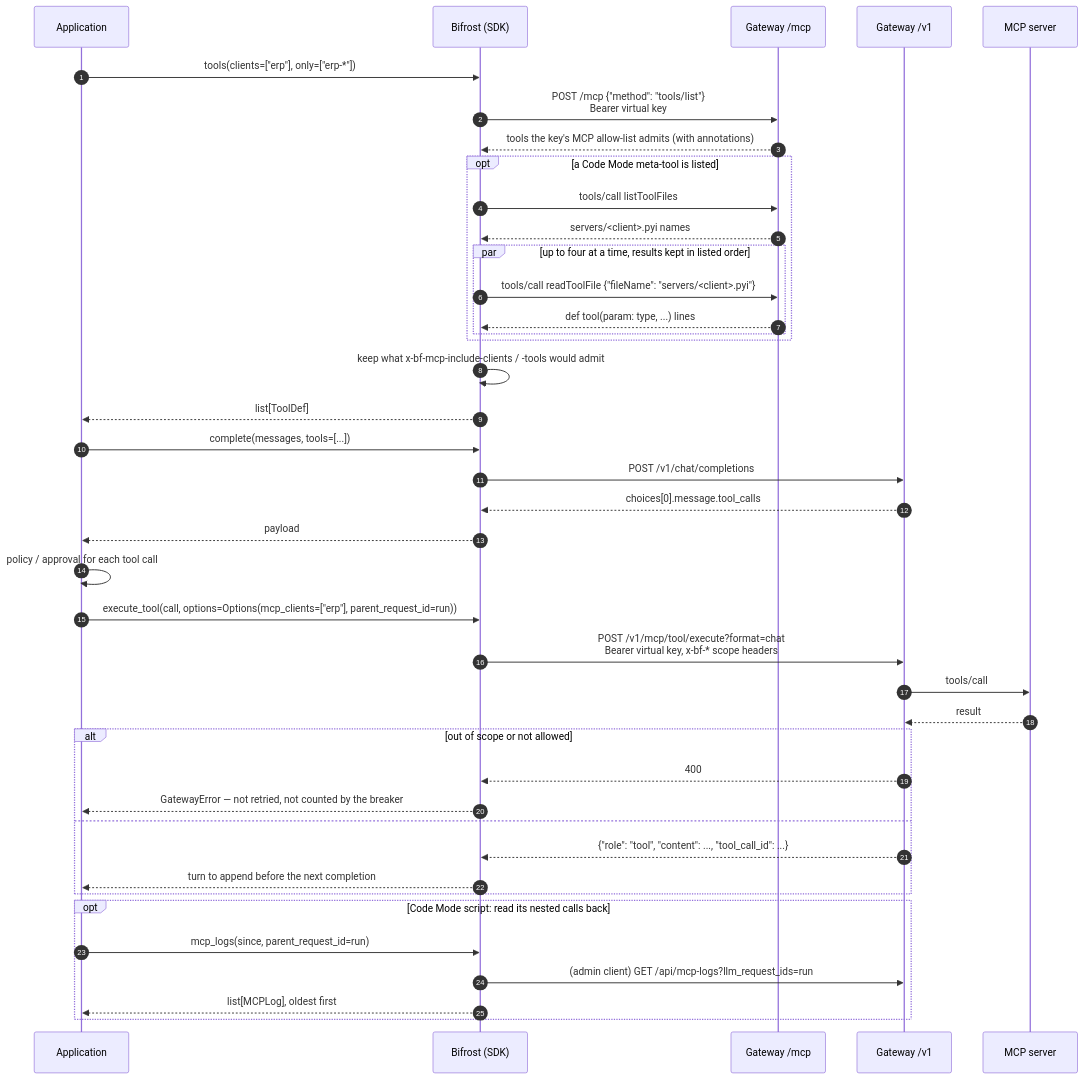
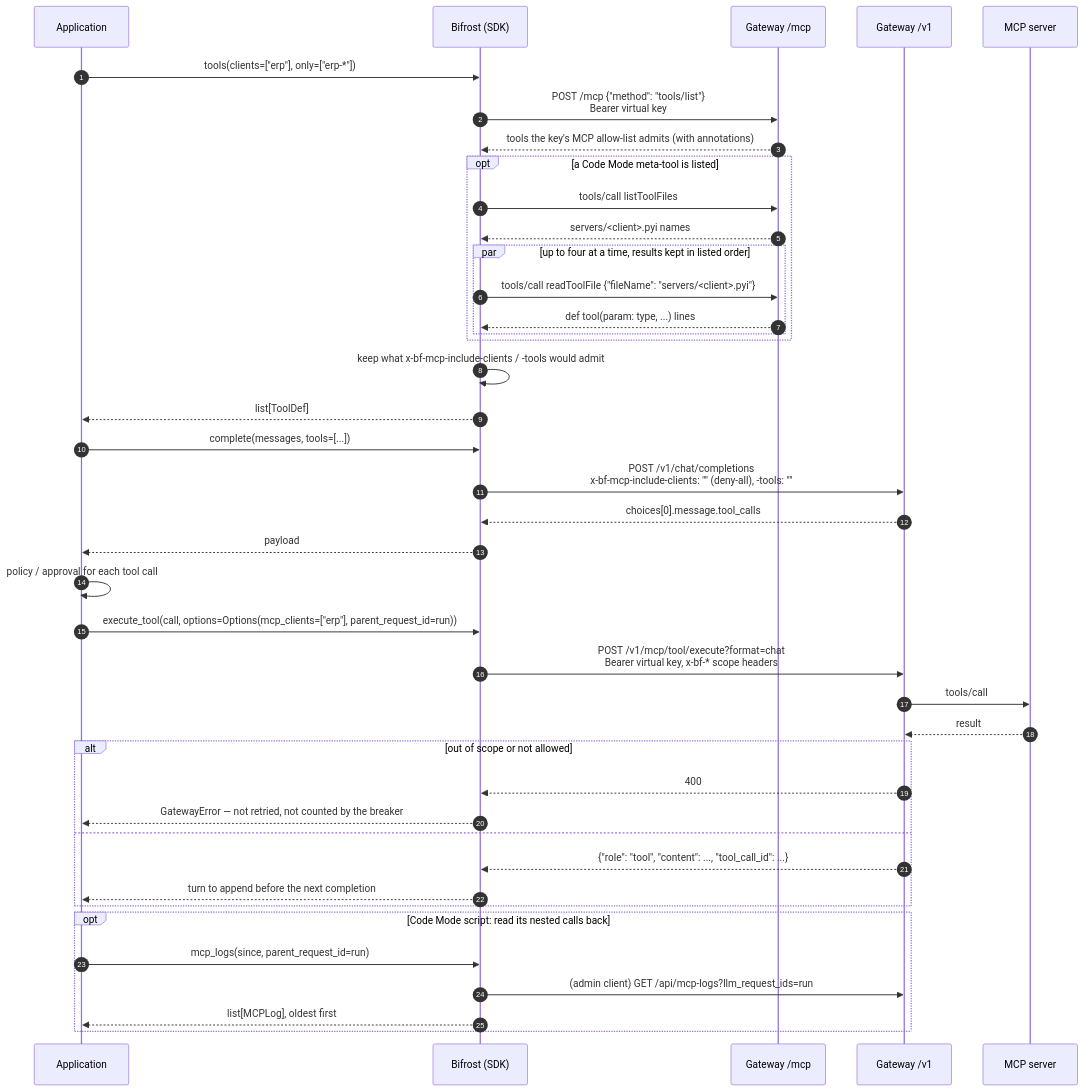
The fifth of 8 diagrams in docs/ARCHITECTURE.md (amitmohapatra/bifrost-sdk), drawn with Mermaid before and after one commit. The commit also changed other lines of this file and 5 other files, not shown here.

````diff
--- a/docs/ARCHITECTURE.md
+++ b/docs/ARCHITECTURE.md
@@ -206,45 +209,45 @@
 ```mermaid
 sequenceDiagram
     autonumber
     participant App as Application
     participant SDK as Bifrost (SDK)
     participant MCP as Gateway /mcp
     participant V1 as Gateway /v1
     participant S as MCP server
 
     App->>SDK: tools(clients=["erp"], only=["erp-*"])
     SDK->>MCP: POST /mcp {"method": "tools/list"}<br/>Bearer virtual key
     MCP-->>SDK: tools the key's MCP allow-list admits (with annotations)
     opt a Code Mode meta-tool is listed
         SDK->>MCP: tools/call listToolFiles
         MCP-->>SDK: servers/<client>.pyi names
         par up to four at a time, results kept in listed order
             SDK->>MCP: tools/call readToolFile {"fileName": "servers/<client>.pyi"}
             MCP-->>SDK: def tool(param: type, ...) lines
         end
     end
     SDK->>SDK: keep what x-bf-mcp-include-clients / -tools would admit
     SDK-->>App: list[ToolDef]
 
     App->>SDK: complete(messages, tools=[...])
-    SDK->>V1: POST /v1/chat/completions
+    SDK->>V1: POST /v1/chat/completions<br/>x-bf-mcp-include-clients: "" (deny-all), -tools: ""
     V1-->>SDK: choices[0].message.tool_calls
     SDK-->>App: payload
     App->>App: policy / approval for each tool call
     App->>SDK: execute_tool(call, options=Options(mcp_clients=["erp"], parent_request_id=run))
     SDK->>V1: POST /v1/mcp/tool/execute?format=chat<br/>Bearer virtual key, x-bf-* scope headers
     V1->>S: tools/call
     S-->>V1: result
     alt out of scope or not allowed
         V1-->>SDK: 400
         SDK-->>App: GatewayError — not retried, not counted by the breaker
     else
         V1-->>SDK: {"role": "tool", "content": ..., "tool_call_id": ...}
         SDK-->>App: turn to append before the next completion
     end
     opt Code Mode script: read its nested calls back
         App->>SDK: mcp_logs(since, parent_request_id=run)
         SDK->>V1: (admin client) GET /api/mcp-logs?llm_request_ids=run
         SDK-->>App: list[MCPLog], oldest first
     end
 ```
````
